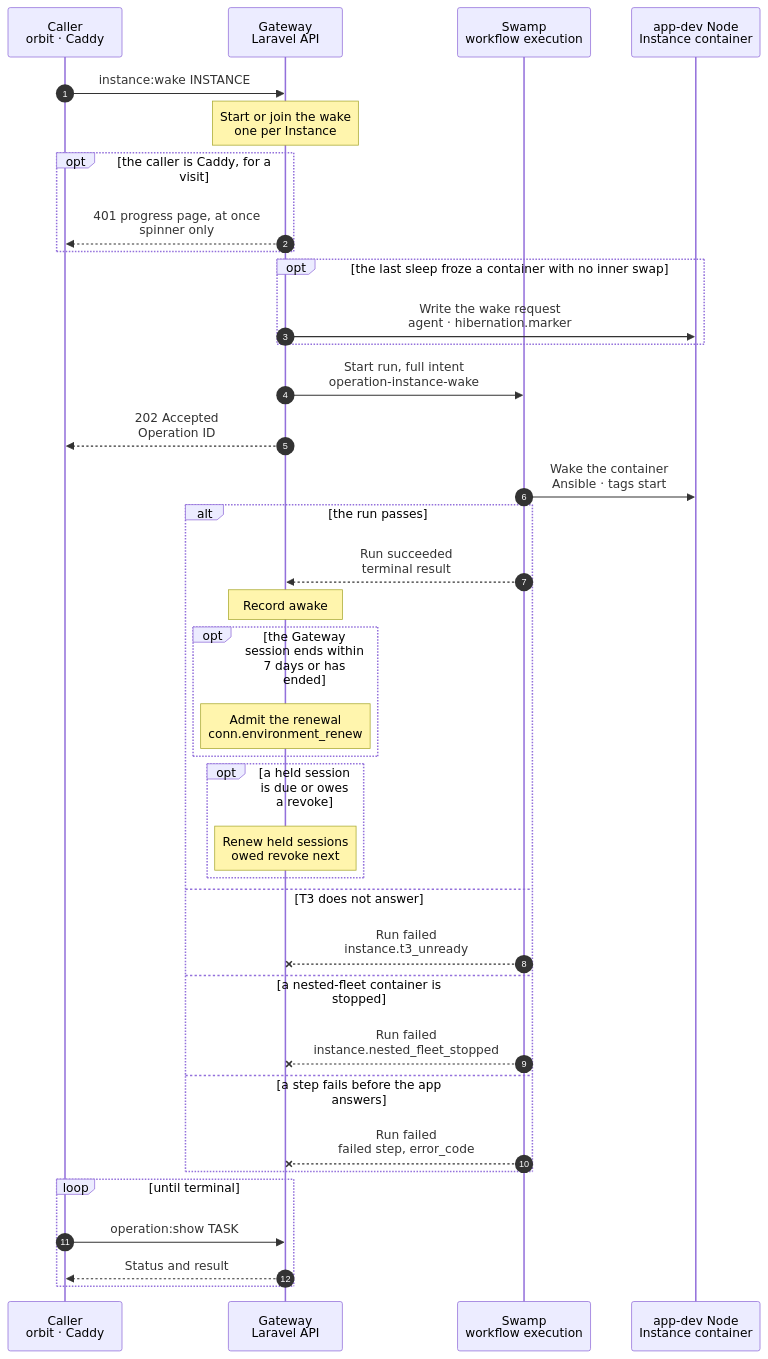
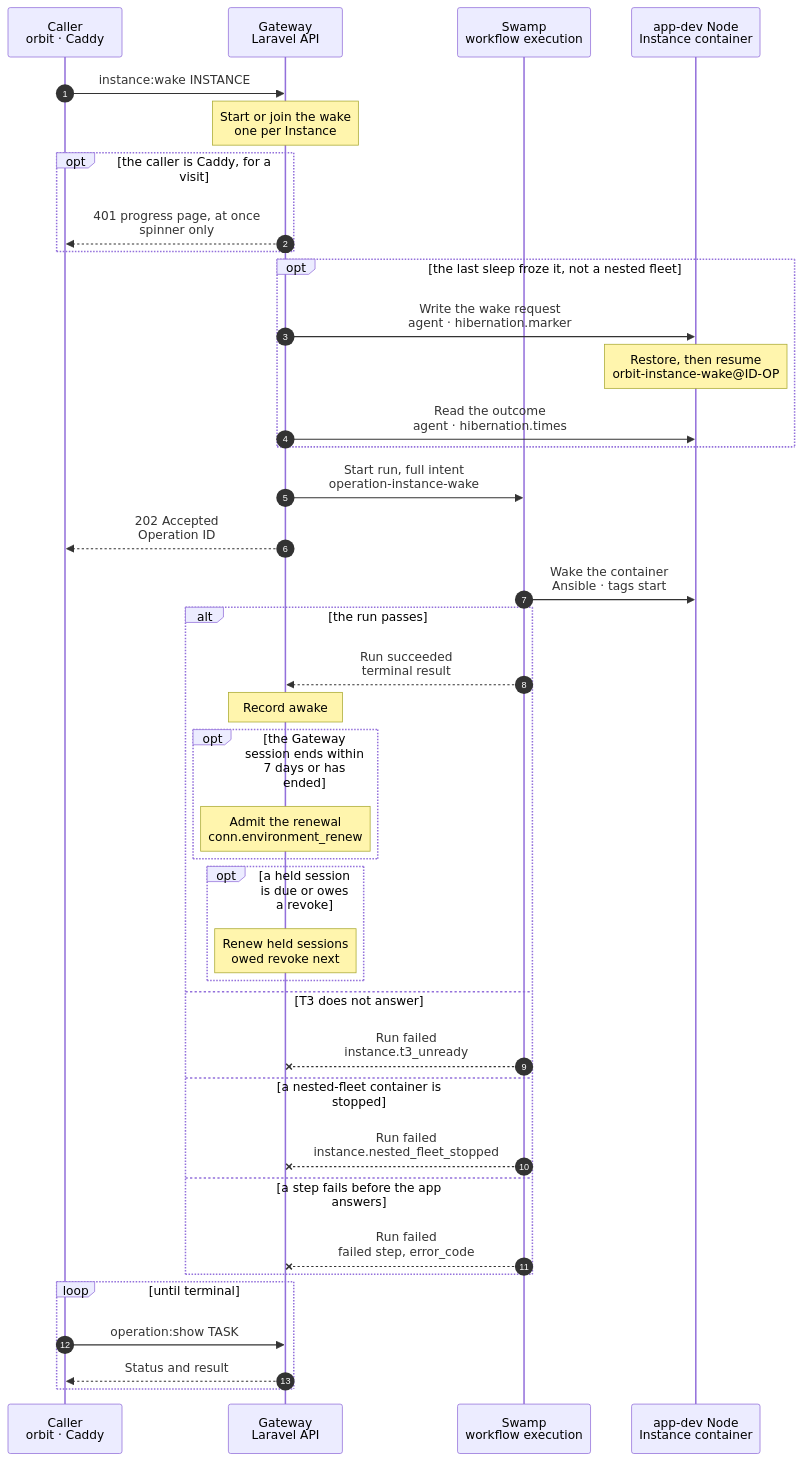
One commit to hardimpactdev/orbit changed the diagram in docs/cli/instance/wake.mmd. Above: the diagram before and after it, drawn with Mermaid. The commit also changed 17 other files, not shown here.

First line of the commit message:
docs(instances): ADR 0259 and the prepared restore contract for sleep and wake

```diff
--- a/docs/cli/instance/wake.mmd
+++ b/docs/cli/instance/wake.mmd
@@ -1,5 +1,5 @@
 sequenceDiagram
-  %% Container runtime (ADR 0250 step 8, docs/reference/development-containers.md#sleep-and-wake): resume a sleeping development container, or start one that was stopped. Defaults and nested-fleet Instances wake under the same rule as clones (owner decision 2026-11-14); a stopped nested-fleet Instance is never booted here. A request to its Route admits the same kind through the runtime activation endpoint of docs/reference/app-dev-runtime-hibernation.md#wake.
+  %% Container runtime (ADR 0250 step 8, ADR 0259, docs/reference/development-containers.md#sleep-and-wake, docs/reference/prepared-restore.md): read a sleeping development container's recorded pages back while it is still frozen, then resume it, or start one that was stopped. Defaults and nested-fleet Instances wake under the same rule as clones (owner decision 2026-11-14); a stopped nested-fleet Instance is never booted here. A request to its Route admits the same kind through the runtime activation endpoint of docs/reference/app-dev-runtime-hibernation.md#wake.
   %% status: draft
   %% command: instance:wake
   %% kind: instance.wake
@@ -38,39 +38,55 @@
     %%> Result:
     %%> - the visitor never waits for the wake: the Gateway admits or joins it and answers before any Node call or run start
   end
-  opt the last sleep froze a container with no inner swap
+  opt the last sleep froze it, not a nested fleet
     %% path: resume
     GW->>N: Write the wake request<br/>agent · hibernation.marker
     %%> What it does:
     %%> - the Operation is recorded without its run; the Node calls run after its commit
     %%> - a command caller waits for these calls; Caddy's activation call does not: the Gateway answers the progress page first and makes the calls after the answer went
-    %%> - the frozen agent's `hibernation.marker` writes `/dev/shm/orbit/hibernation/app-instance-<id>.wake`; only root writes in that folder
-    %%> - the app-dev role's script, started by a systemd path unit, acts only on `instance-<id>` of `orbit-instances` found Frozen with its asleep marker and a request under 1 s old: `incus resume`, `memory.swap.max` 0 on the container's cgroup, one request to FrankenPHP for an answer below 500 (1.5 s at most), then it removes the marker, writes `app-instance-<id>.resumed`, and rebuilds a stale library cache and CA bundle as the run does
-    %%> - the Gateway reads the request folder and the marker with `hibernation.times` until the resume shows, within 3 s
+    %%> - the frozen agent's `hibernation.marker` writes `/dev/shm/orbit/hibernation/app-instance-<id>-op-<opid>.wake`; only root writes in that folder; the name carries the Operation, so no earlier wake's outcome can answer this one
     %%> When:
-    %%> - not for a nested-fleet Instance, and not when the last sleep opened inner cgroups (its result's `swap_subtree` above 0): the script closes only the container's own cgroup, and a change to it needs an `app-dev` converge; these wakes take the run
+    %%> - the Node has `/usr/local/libexec/orbit-instance-power`; the first read asks for it, and a Node without it skips this path for 10 minutes
+    %%> - not for a nested-fleet Instance: its prepared fast path waits for a nested-fleet proof
     %%> Why:
-    %%> - measured on a frozen clone: the resume takes 0.02 s and the web probe 0.4 s, but the run's start-up and playbook took 8-13 s of the 9-19 s a visitor waited
+    %%> - measured on a frozen clone: the run's start-up and playbook took 8-13 s of the 9-19 s a visitor waited
     %%> - the agent stays frozen (ADR 0253): two of its existing commands carry the request and the answer
+    Note over N: Restore, then resume<br/>orbit-instance-wake@ID-OP
+    %%> What it does:
+    %%> - a path unit's dispatcher renames the request to `.taken` and starts the worker for this Instance and Operation; a slow worker never holds up the next request
+    %%> - the worker acts only on a request under 1 s old, with the asleep marker and a valid target descriptor; it runs `orbit-instance-power restore` as the unit `orbit-instance-power-<id>`, the Instance's lock
+    %%> - restore, still frozen: checks boot id, incarnation, cgroup and every process's identity before any memory call, then `process_madvise` and `process_vm_readv` over the recorded pages in parallel, within 2 s; then one `incus resume`, and swap closes on every cgroup of `limits.json`
+    %%> - then one request from the Node to the web port for an answer below 500, removes the marker, writes one `.ready-complete`, `-partial`, `-skipped` or `-timed-out` and then `.done` in `/var/lib/orbit/hibernation/outcomes`
+    %%> - last, the library cache and CA bundle checks the run also makes
+    %%> Why:
+    %%> - frozen processes cannot change their mappings, so the plan stays exact while it is read
+    %%> - the pages come back in large parallel reads, not one fault at a time after the resume
+    %%> On failure:
+    %%> - a changed or missing plan: no memory call; an ordinary resume, `.ready-skipped`
+    %%> - a declined request, a busy lock, a failed resume or check: `.failed`, the marker stays
+    GW->>N: Read the outcome<br/>agent · hibernation.times
+    %%> What it does:
+    %%> - reads the request, `.taken`, the outcome files and the marker every 25 ms, for at most 6 s
     %%> Result:
-    %%> - resumed: the Operation succeeds here with `wake: resumed`, `trigger_seconds` and `confirm_seconds`; `power_state` is `running`; Conn's renewal below runs as after a run
+    %%> - `.done` with one `.ready-*`: the Operation succeeds here with `wake: resumed`, `trigger_seconds`, `confirm_seconds`, `restore_mode`, `ready_at` from the ready file's time (`ready_at_resolution_seconds` 1) and `prepared_restore.status`; `power_state` is `running`; Conn's renewal below runs as after a run
+    %%> - after the projection, the Gateway removes this Operation's request and outcome files off the visitor's path
     %%> - Caddy already has the progress page: its poll, every 250 ms, finds the marker gone and loads the app
-    %%> - an API caller gets 202 with the ended Operation
-    %%> - a command caller who joins this wake waits for it up to the bound, then gets the same answer; a visit that joins it gets the progress page at once
+    %%> - an API caller gets 202 with the ended Operation; a command caller who joins waits up to the bound; a visit that joins gets the progress page at once
     %%> On failure:
-    %%> - the Node has no script (its first read also asks for it; the Node then skips this path for 10 minutes), the script declined (another state, FrankenPHP silent), an agent call or the Gateway failed, or the bound passed: the Gateway removes the request, and the same Operation starts the run below
+    %%> - `.failed`, an agent call that failed or the bound: the Gateway removes the request, and the same Operation starts the run below; the run takes the same lock, so it waits for a worker still at work and goes on from the state the Node reached
     %%> - a Gateway worker that dies here: a delayed start runs the same Operation's run 15 s later
-    %%> - a cancel between Caddy's answer and the Node calls: the Gateway makes no Node call
-    %%> - a cancel during the resume keeps the Operation cancelled
+    %%> - a cancel between Caddy's answer and the Node calls: the Gateway makes no Node call; a cancel during the resume keeps the Operation cancelled, and a late outcome never overwrites it
   end
   GW->>SW: Start run, full intent<br/>operation-instance-wake
   GW-->>CL: 202 Accepted<br/>Operation ID
   SW->>N: Wake the container<br/>Ansible · tags start
   %%> What it does:
-  %%> - Frozen: `incus resume`, `memory.swap.max` back to 0 on the container's cgroup and on each cgroup of the swap record that still exists (a short-lived unit's cgroup may be gone; that never fails the wake), FrankenPHP gets 10 tries 1 s apart; nothing boots and nothing converges, `wake: resumed`
+  %%> - Frozen: `orbit-instance-power restore` as the Instance's lock unit, a busy lock retried 0.25 s apart, 40 times, else `instance.power_helper_busy`: with a valid plan it reads the recorded pages back within 2 s while still frozen; then one `incus resume`, and `memory.swap.max` back to 0 on each cgroup of `limits.json` that still exists (a short-lived unit's cgroup may be gone; that never fails the wake); FrankenPHP gets 10 tries 1 s apart from the Node to its address; nothing boots and nothing converges, `wake: resumed`
+  %%> - a missing, stale or invalid plan makes no memory call; the resume is ordinary
+  %%> - a run that follows the fast path finds the state the Node reached: a container that already runs is not resumed again, and the run reads this Operation's outcome files for their facts
   %%> - a nested-fleet Instance resumes with its inner fleet, `wg-nested` and the Club key in /run: a freeze keeps them, so the wake starts and checks no fleet
   %%> - Frozen and FrankenPHP silent: `incus stop --force`, then the boot below, `wake: restarted_after_resume`; a nested-fleet Instance is never stopped: the wake fails `instance.web_unready`
-  %%> - Stopped (after a host reboot or a sleep that fell back to a stop): the boot below, `wake: started`; a nested-fleet Instance is never booted here: see the branch below
+  %%> - Stopped (after a host reboot or a sleep that fell back to a stop): the helper discards the plan, then the boot below, `wake: started`; a nested-fleet Instance is never booted here: see the branch below
   %%> - Running (after a reboot with `boot.autostart`): no start and no resume, `wake: already_running`
   %%> - a Frozen container without the marker is resumed; the result says `marker_found: false`
   %%> - before the boot, the presented machine name: a stopped container gets `/etc/hostname`, `/etc/machine-info` and the `127.0.1.1` line of `/etc/hosts` through the file API before the boot, so the boot gives the kernel and T3 the name; a running or frozen container gets nothing, and nothing restarts
@@ -94,6 +110,7 @@
     %%> Result:
     %%> - the runtime's `power_state` is `running`; the Conn layer shows the T3 server awake
     %%> - the result names the path, `marker_found`, and a resume's `resume_seconds` and `web_probe_seconds`
+    %%> - `restore_mode` (`prepared` or `ordinary`), `prepared_restore` with its status, reason and counts, and `ready_at`, when the marker went (`ready_at_resolution_seconds` 0.001); Operation list and show return them
     %%> - the progress page loads the original path
     opt the Gateway session ends within 7 days or has ended
       Note over GW: Admit the renewal<br/>conn.environment_renew
```
